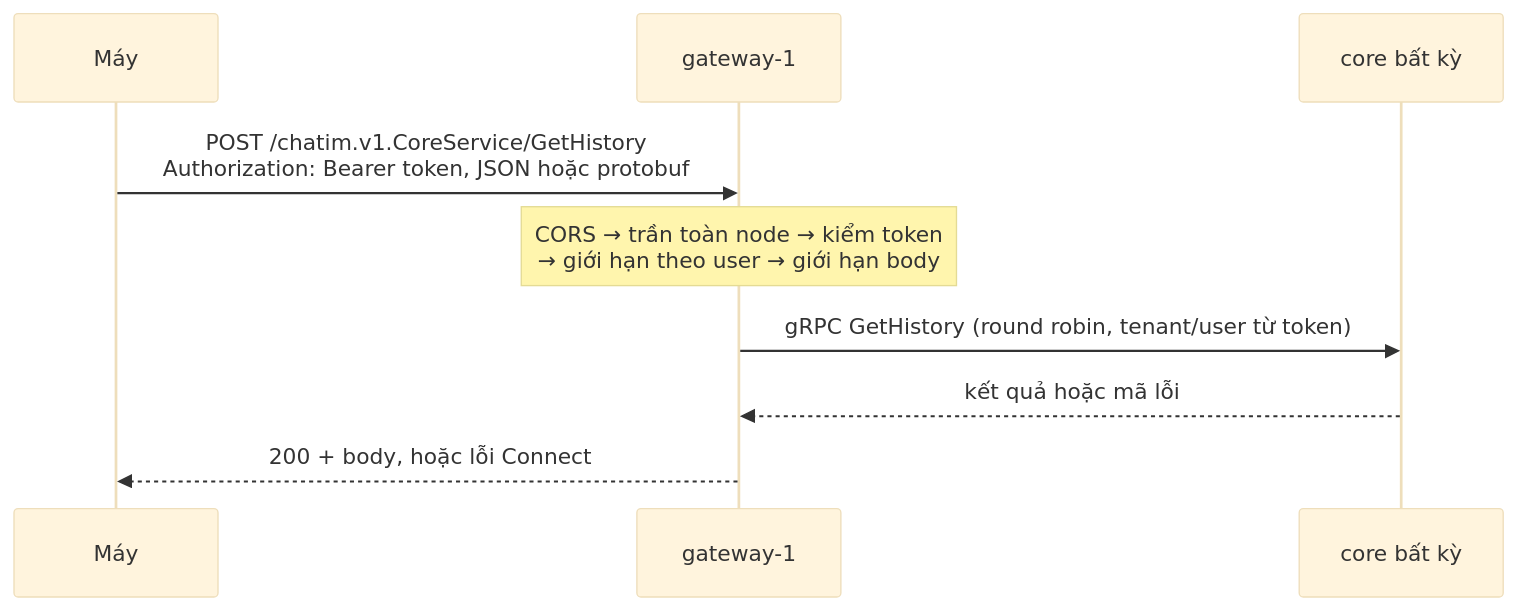
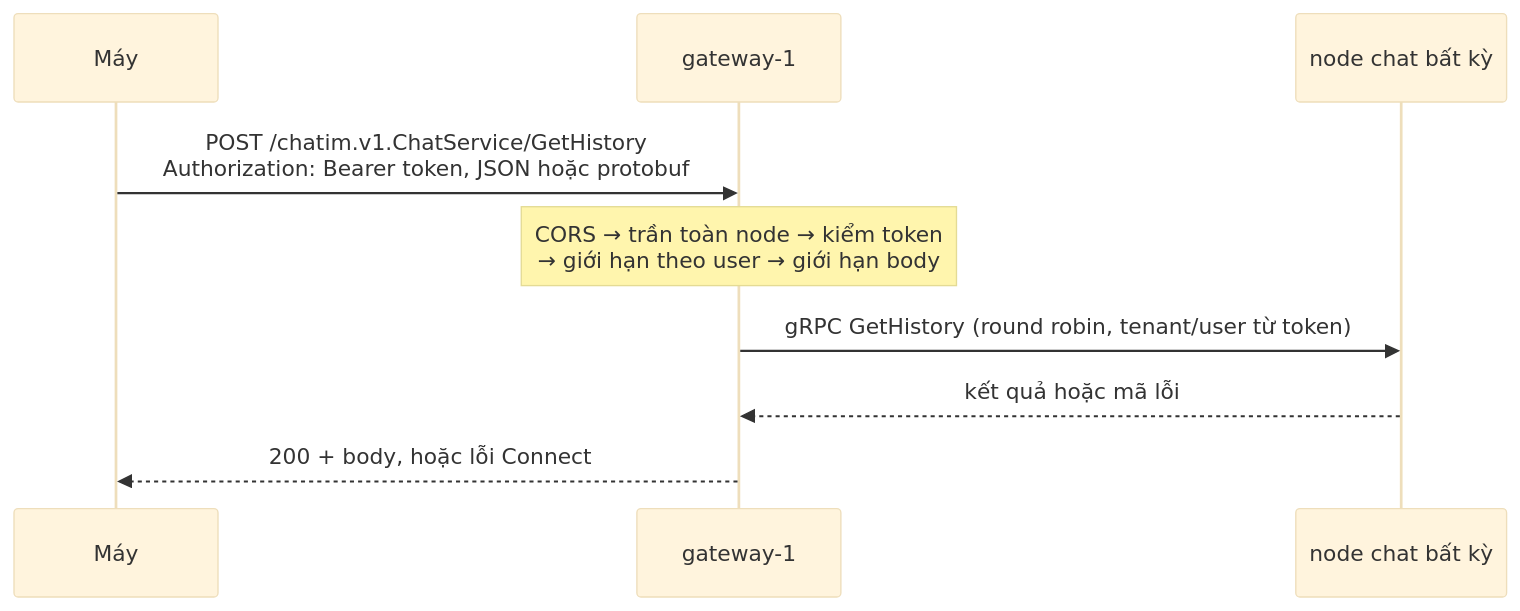
One commit to ivannguyendev/chatim changed the diagram in docs/modules/11-feature-https-gateway.md. Above: the diagram before and after it, drawn with Mermaid (base theme). The commit also changed other lines of this file and 332 other files, not shown here.

````diff
--- a/docs/modules/11-feature-https-gateway.md
+++ b/docs/modules/11-feature-https-gateway.md
@@ -37,11 +37,11 @@
 ```mermaid
 sequenceDiagram
   participant M as Máy
   participant G as gateway-1
-  participant C as core bất kỳ
-  M->>G: POST /chatim.v1.CoreService/GetHistory<br/>Authorization: Bearer token, JSON hoặc protobuf
+  participant C as node chat bất kỳ
+  M->>G: POST /chatim.v1.ChatService/GetHistory<br/>Authorization: Bearer token, JSON hoặc protobuf
   Note over G: CORS → trần toàn node → kiểm token<br/>→ giới hạn theo user → giới hạn body
   G->>C: gRPC GetHistory (round robin, tenant/user từ token)
   C-->>G: kết quả hoặc mã lỗi
   G-->>M: 200 + body, hoặc lỗi Connect
 ```
````
